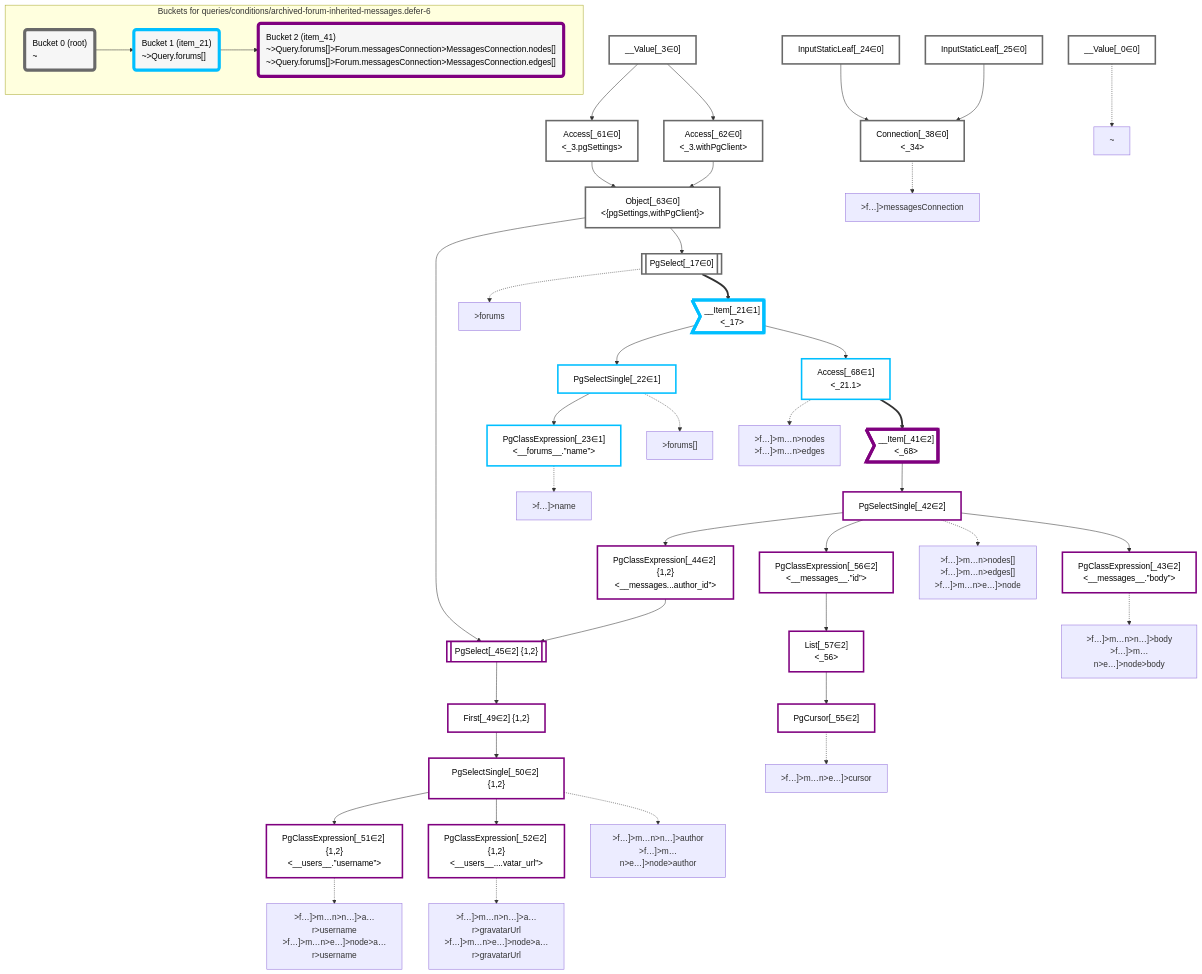
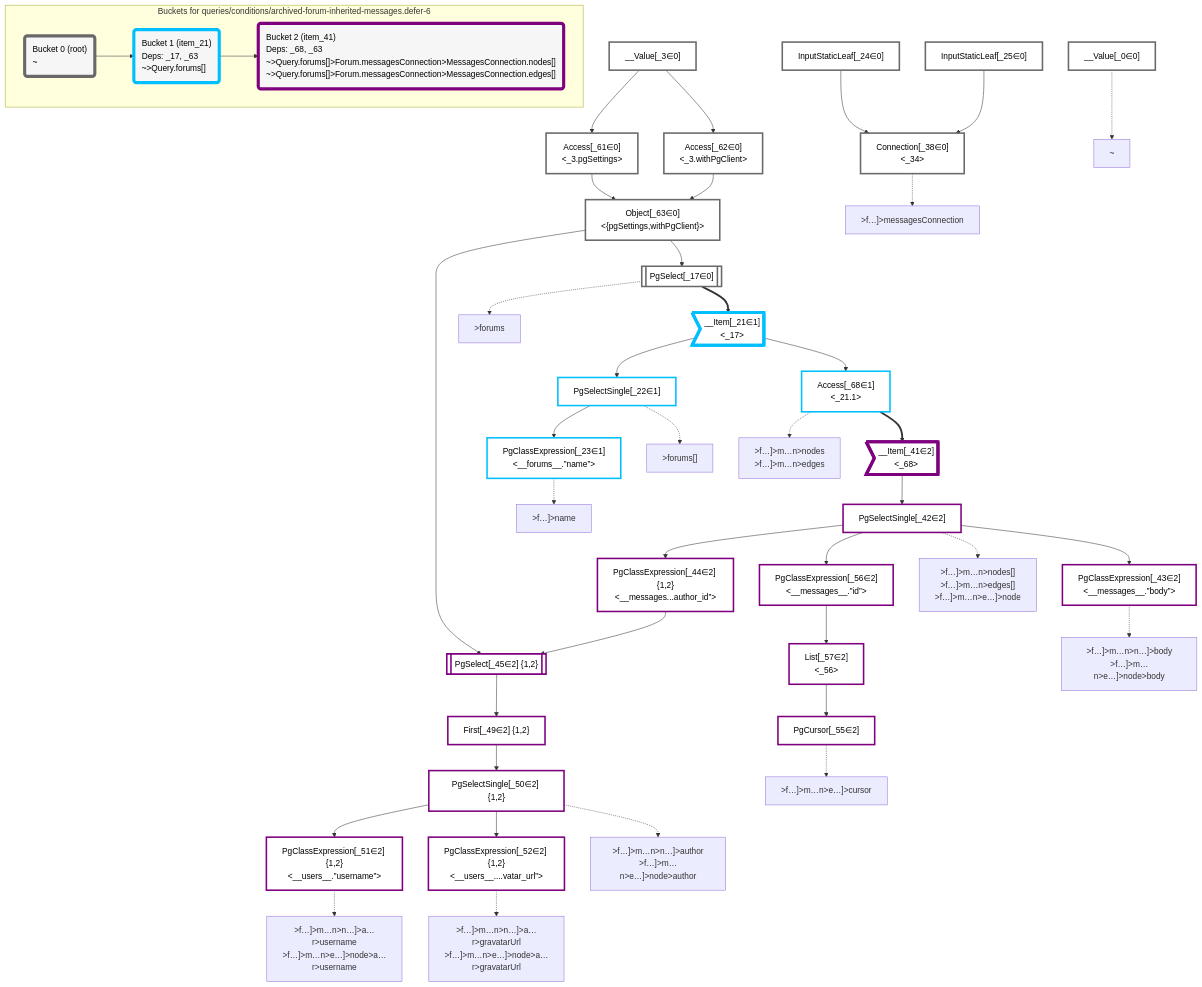
Before and after one commit to graphile/crystal: the diagram in packages/dataplan-pg/__tests__/queries/conditions/archived-forum-inherited-messages.defer-6.mermaid.md, drawn with Mermaid. The commit also changed 157 other files, not shown here.

Commit message:
Add deps to all query snapshots

```diff
--- a/packages/dataplan-pg/__tests__/queries/conditions/archived-forum-inherited-messages.defer-6.mermaid.md
+++ b/packages/dataplan-pg/__tests__/queries/conditions/archived-forum-inherited-messages.defer-6.mermaid.md
@@ -97,10 +97,10 @@
     subgraph "Buckets for queries/conditions/archived-forum-inherited-messages.defer-6"
     Bucket0("Bucket 0 (root)<br />~"):::bucket
     style Bucket0 stroke:#696969
-    Bucket1("Bucket 1 (item_21)<br />~>Query.forums[]"):::bucket
+    Bucket1("Bucket 1 (item_21)<br />Deps: _17, _63<br />~>Query.forums[]"):::bucket
     style Bucket1 stroke:#00bfff
     Bucket0 --> Bucket1
-    Bucket2("Bucket 2 (item_41)<br />~>Query.forums[]>Forum.messagesConnection>MessagesConnection.nodes[]<br />~>Query.forums[]>Forum.messagesConnection>MessagesConnection.edges[]"):::bucket
+    Bucket2("Bucket 2 (item_41)<br />Deps: _68, _63<br />~>Query.forums[]>Forum.messagesConnection>MessagesConnection.nodes[]<br />~>Query.forums[]>Forum.messagesConnection>MessagesConnection.edges[]"):::bucket
     style Bucket2 stroke:#7f007f
     Bucket1 --> Bucket2
     end
```
